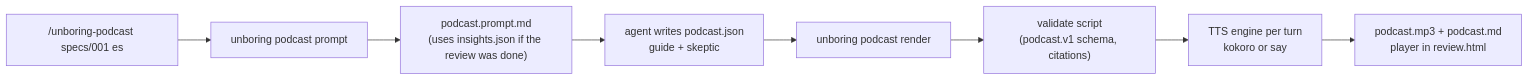
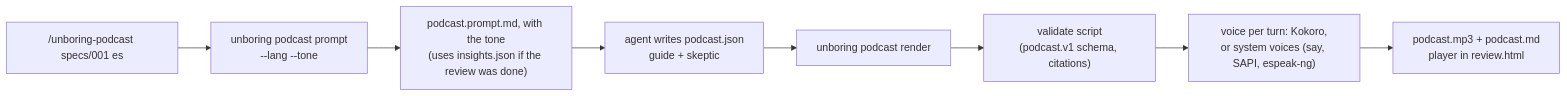
One commit to josluimg/unboringspec changed the second of 2 diagrams in CONTRIBUTING.md. Above: the diagram before and after it, drawn with Mermaid. The commit also changed other lines of this file and 2 other files, not shown here.

First line of the commit message:
Docs: bring README, setup guide and CONTRIBUTING up to the full review loop

````diff
--- a/CONTRIBUTING.md
+++ b/CONTRIBUTING.md
@@ -150,10 +163,10 @@
 ```mermaid
 flowchart LR
-    A["/unboring-podcast specs/001 es"] --> B["unboring podcast prompt"]
-    B --> C["podcast.prompt.md<br/>(uses insights.json if the review was done)"]
+    A["/unboring-podcast specs/001 es"] --> B["unboring podcast prompt<br/>--lang --tone"]
+    B --> C["podcast.prompt.md, with the tone<br/>(uses insights.json if the review was done)"]
     C --> D["agent writes podcast.json<br/>guide + skeptic"]
     D --> E["unboring podcast render"]
     E --> F["validate script<br/>(podcast.v1 schema, citations)"]
-    F --> G["TTS engine per turn<br/>kokoro or say"]
+    F --> G["voice per turn: Kokoro,<br/>or system voices (say, SAPI, espeak-ng)"]
     G --> H["podcast.mp3 + podcast.md<br/>player in review.html"]
 ```
````
